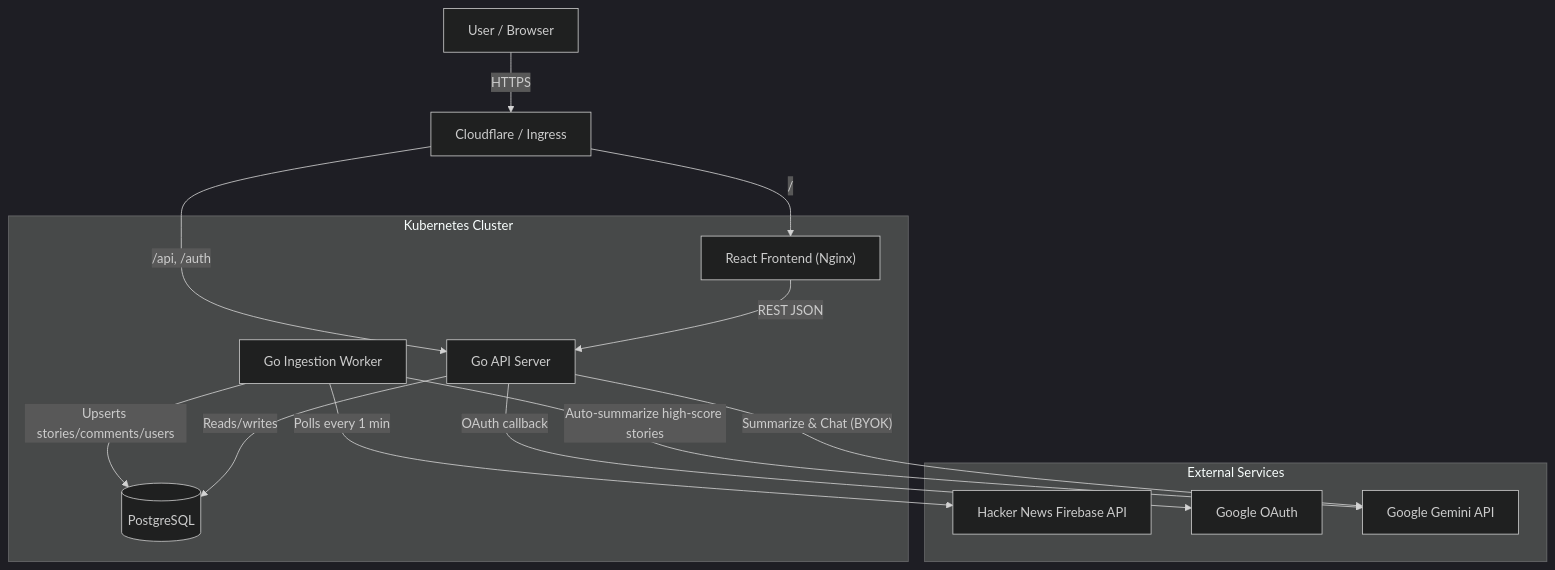
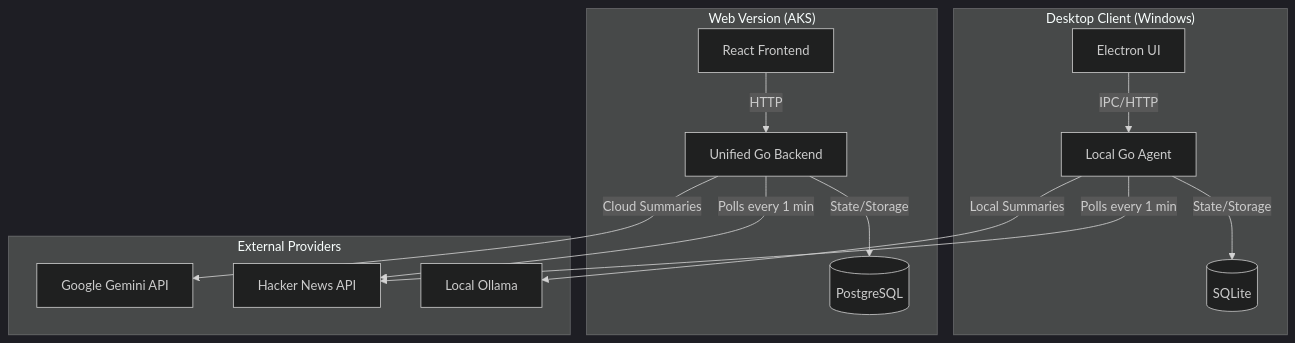
The diagram in architecture.md (rajeshkumarblr/hn_station), drawn with Mermaid (dark theme) before and after one commit. The commit also changed other lines of this file and 2 other files, not shown here.

Commit message:
docs: Update architecture, design, and deployment guides for v0.9.7

````diff
--- a/architecture.md
+++ b/architecture.md
@@ -15,29 +30,32 @@
 ```mermaid
 graph TD
-    User["User / Browser"] -->|HTTPS| CDN["Cloudflare / Ingress"]
-    CDN -->|"/api, /auth"| API["Go API Server"]
-    CDN -->|"/"| UI["React Frontend (Nginx)"]
-
-    subgraph "Kubernetes Cluster"
-        UI
-        API
-        Ingest["Go Ingestion Worker"]
-        DB[("PostgreSQL")]
+    subgraph "Desktop Client (Windows)"
+        Electron["Electron UI"]
+        Agent["Local Go Agent"]
+        DB_SQLITE[("SQLite")]
+        
+        Electron -->|IPC/HTTP| Agent
+        Agent -->|State/Storage| DB_SQLITE
     end
 
-    subgraph "External Services"
-        HN["Hacker News Firebase API"]
-        GoogleOAuth["Google OAuth"]
+    subgraph "Web Version (AKS)"
+        UI["React Frontend"]
+        API["Unified Go Backend"]
+        DB_PG[("PostgreSQL")]
+        
+        UI -->|HTTP| API
+        API -->|State/Storage| DB_PG
+    end
+
+    subgraph "External Providers"
+        HN["Hacker News API"]
+        Ollama["Local Ollama"]
         Gemini["Google Gemini API"]
     end
 
-    Ingest -->|Polls every 1 min| HN
-    Ingest -->|Upserts stories/comments/users| DB
-    Ingest -->|Auto-summarize high-score stories| Gemini
-
-    API -->|Reads/writes| DB
-    API -->|OAuth callback| GoogleOAuth
-    API -->|"Summarize & Chat (BYOK)"| Gemini
-
-    UI -->|REST JSON| API
+    Agent -->|Polls every 1 min| HN
+    API -->|Polls every 1 min| HN
+    
+    Agent -->|Local Summaries| Ollama
+    API -->|Cloud Summaries| Gemini
 ```
````
